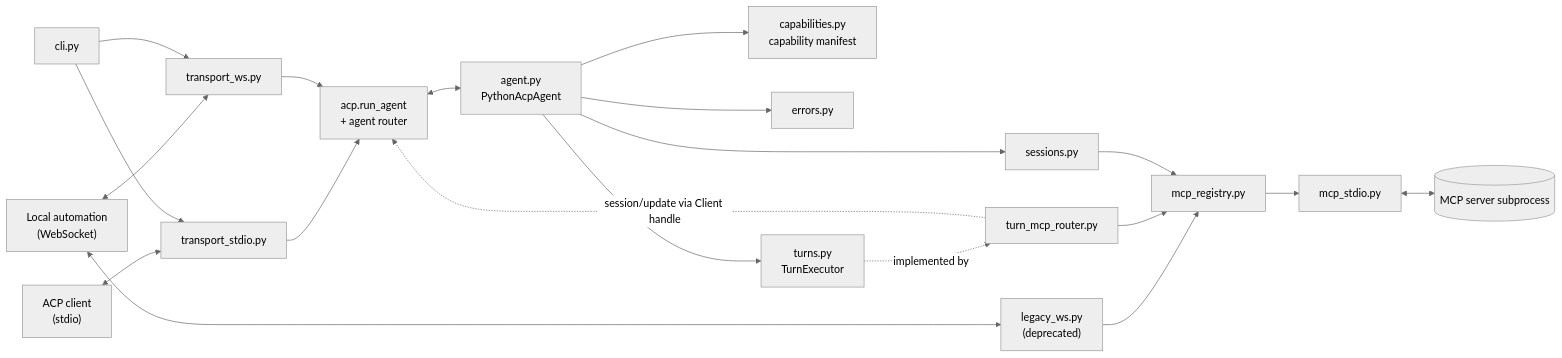
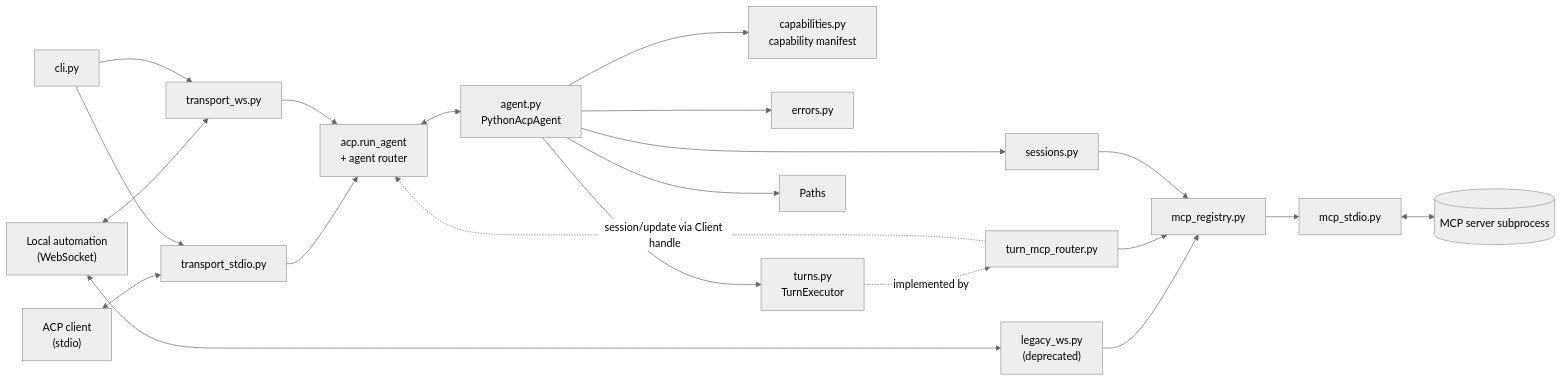
Before and after one commit to Digital-Dimentia/python-acp: the third of 4 diagrams in ARCHITECTURE.md, drawn with Mermaid (neutral theme). The commit also changed other lines of this file and 14 other files, not shown here.

````diff
--- a/ARCHITECTURE.md
+++ b/ARCHITECTURE.md
@@ -125,39 +129,40 @@
 ```mermaid
 flowchart LR
     Editor["ACP client<br/>(stdio)"]
     WsClient["Local automation<br/>(WebSocket)"]
     CLI["cli.py"]
     TStdio["transport_stdio.py"]
     TWs["transport_ws.py"]
     Legacy["legacy_ws.py<br/>(deprecated)"]
     SDK["acp.run_agent<br/>+ agent router"]
     Agent["agent.py<br/>PythonAcpAgent"]
     Caps["capabilities.py<br/>capability manifest"]
     Errors["errors.py"]
     Sessions["sessions.py"]
     Turns["turns.py<br/>TurnExecutor"]
     Router["turn_mcp_router.py"]
     Registry["mcp_registry.py"]
     MCPClient["mcp_stdio.py"]
     MCPProc[("MCP server subprocess")]
 
     Editor <--> TStdio
     WsClient <--> TWs
     WsClient <--> Legacy
     CLI --> TStdio
     CLI --> TWs
     TStdio --> SDK
     TWs --> SDK
     SDK <--> Agent
     Agent --> Caps
     Agent --> Errors
     Agent --> Sessions
+    Agent --> Paths
     Agent --> Turns
     Turns -.implemented by.-> Router
     Legacy --> Registry
     Router --> Registry
     Sessions --> Registry
     Registry --> MCPClient
     MCPClient <--> MCPProc
     Router -. "session/update via Client handle" .-> SDK
 ```
````
